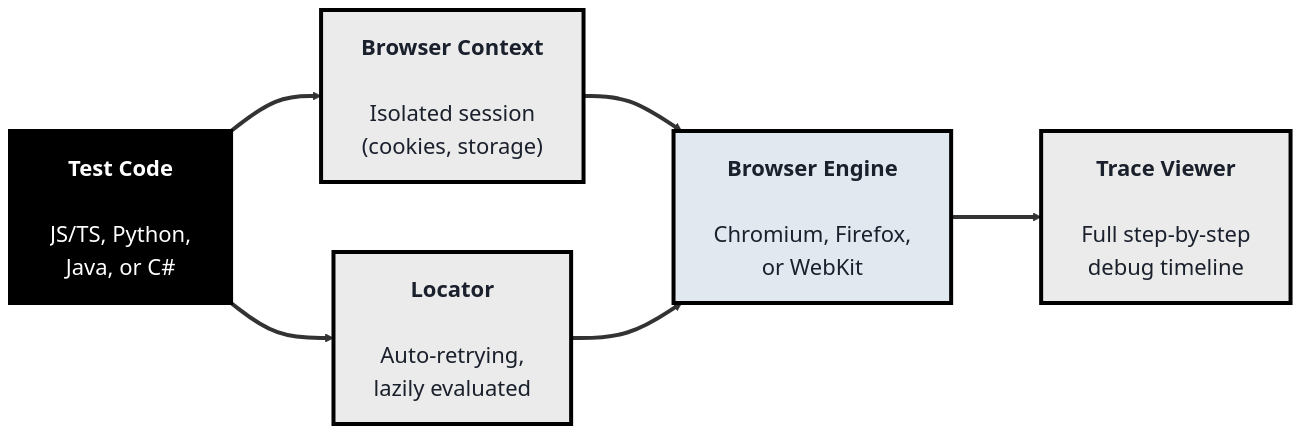
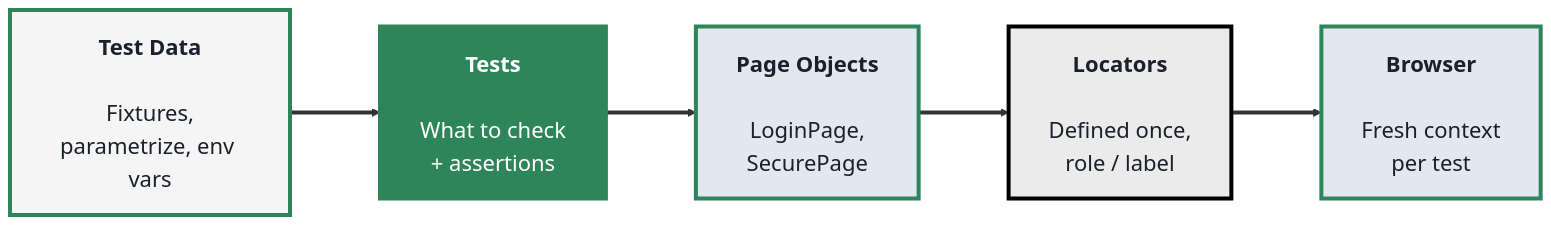
Before and after one commit to SHEMODELTECH/shemodeltech: the third of 3 diagrams in src/Pages/courses/TechQA/module-3-automation-testing.md, drawn with Mermaid. The commit also changed other lines of this file and 7 other files, not shown here.

````diff
--- a/src/Pages/courses/TechQA/module-3-automation-testing.md
+++ b/src/Pages/courses/TechQA/module-3-automation-testing.md
@@ -192,20 +274,18 @@
 ```mermaid
-%%{init: {'theme':'base', 'themeVariables': {'fontSize':'22px', 'primaryTextColor':'#1a202c', 'primaryBorderColor':'#000000', 'lineColor':'#333333'}, 'flowchart': {'nodeSpacing': 70, 'rankSpacing': 90, 'padding': 20}}}%%
+%%{init: {'theme':'base', 'themeVariables': {'fontSize':'22px', 'primaryTextColor':'#1a202c', 'primaryBorderColor':'#2f855a', 'lineColor':'#333333'}, 'flowchart': {'nodeSpacing': 70, 'rankSpacing': 90, 'padding': 20}}}%%
 flowchart LR
-    TC["<b>Test Code</b><br/><br/>JS/TS, Python,<br/>Java, or C#"]
-    CTX["<b>Browser Context</b><br/><br/>Isolated session<br/>(cookies, storage)"]
-    BR["<b>Browser Engine</b><br/><br/>Chromium, Firefox,<br/>or WebKit"]
-    L["<b>Locator</b><br/><br/>Auto-retrying,<br/>lazily evaluated"]
-    TV["<b>Trace Viewer</b><br/><br/>Full step-by-step<br/>debug timeline"]
+    T["<b>Tests</b><br/><br/>What to check<br/>+ assertions"]
+    D["<b>Test Data</b><br/><br/>Fixtures,<br/>parametrize, env vars"]
+    PO["<b>Page Objects</b><br/><br/>LoginPage,<br/>SecurePage"]
+    L["<b>Locators</b><br/><br/>Defined once,<br/>role / label"]
+    BR["<b>Browser</b><br/><br/>Fresh context<br/>per test"]
 
-    TC ==> CTX ==> BR
-    TC ==> L ==> BR
-    BR ==> TV
+    D ==> T ==> PO ==> L ==> BR
 
-    style TC fill:#000000,color:#fff,stroke:#000000,stroke-width:4px
-    style CTX fill:#EBEBEB,color:#1a202c,stroke:#000000,stroke-width:4px
-    style BR fill:#e2e8f0,color:#1a202c,stroke:#000000,stroke-width:4px
+    style T fill:#2f855a,color:#fff,stroke:#2f855a,stroke-width:4px
+    style D fill:#F5F5F5,color:#1a202c,stroke:#2f855a,stroke-width:4px
+    style PO fill:#e2e8f0,color:#1a202c,stroke:#2f855a,stroke-width:4px
     style L fill:#EBEBEB,color:#1a202c,stroke:#000000,stroke-width:4px
-    style TV fill:#EBEBEB,color:#1a202c,stroke:#000000,stroke-width:4px
+    style BR fill:#e2e8f0,color:#1a202c,stroke:#2f855a,stroke-width:4px
     linkStyle default stroke-width:4px,stroke:#333333
 ```
````
